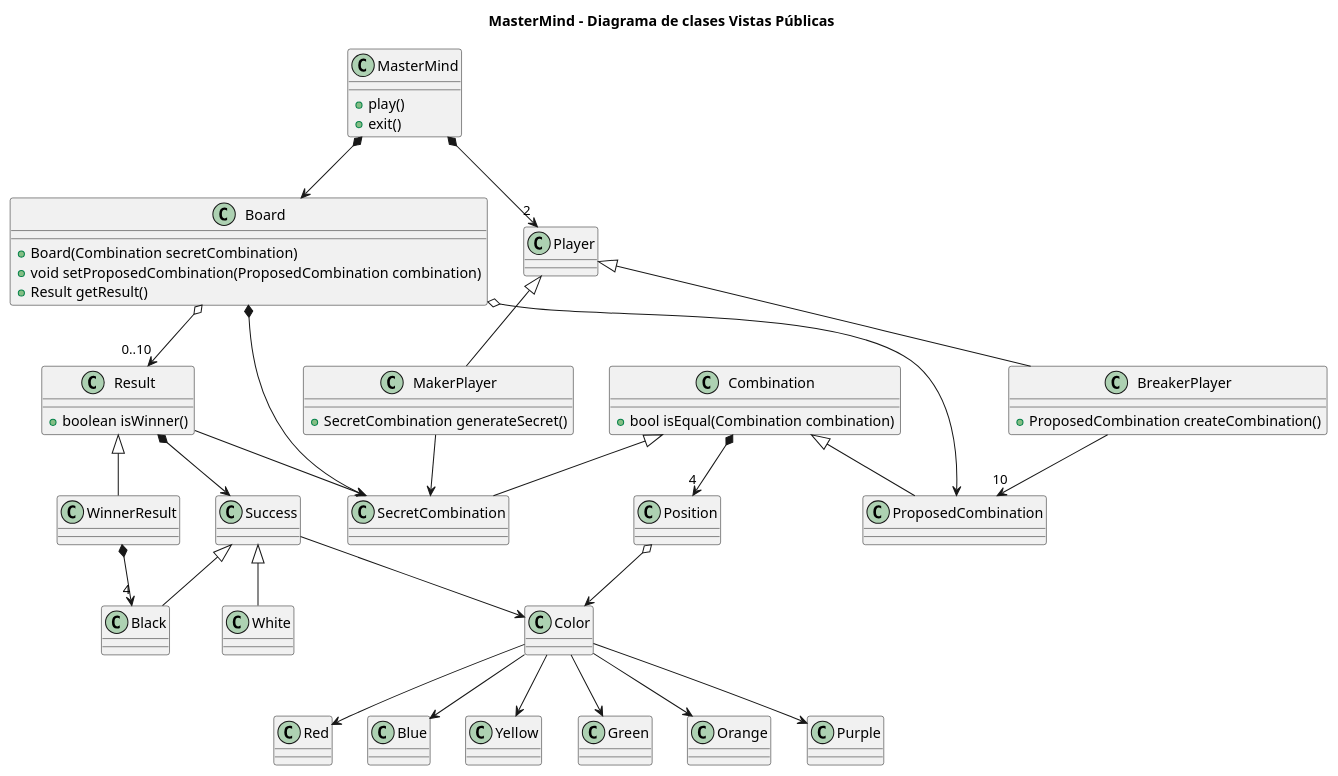
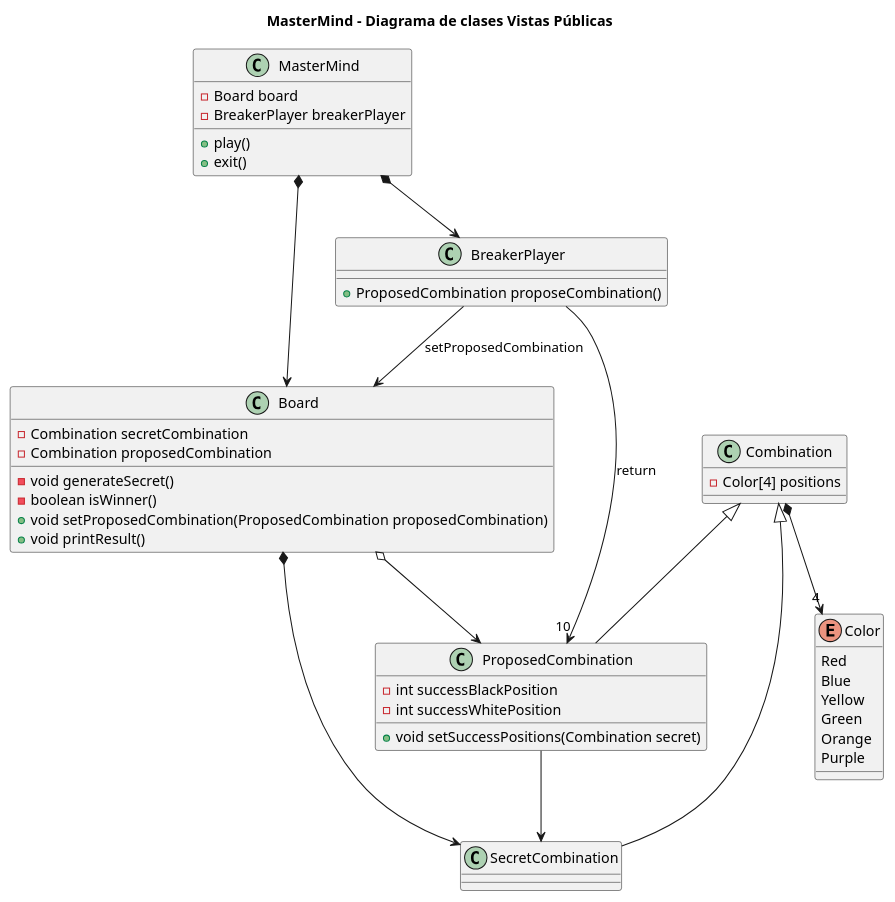
The diagram in Mastermind.puml (Master-Desarrollo-20-21/ejercicio-2-vista-publica-clases-mastermind-kodenix), drawn with PlantUML before and after one commit.

Commit message:
Eliminando clases que sobrediseñanban

```diff
--- a/Mastermind.puml
+++ b/Mastermind.puml
@@ -2,66 +2,60 @@
 @startuml MasterMind
 
 title MasterMind - Diagrama de clases Vistas Públicas
 
 class MasterMind {
+    -Board board
+    -BreakerPlayer breakerPlayer
     +play()
     +exit()
 }
 class Board {
-    +Board(Combination secretCombination)
-    +void setProposedCombination(ProposedCombination combination)
-    +Result getResult()
+    -Combination secretCombination
+    -Combination proposedCombination
+    -void generateSecret()
+    -boolean isWinner()
+    +void setProposedCombination(ProposedCombination proposedCombination)
+    +void printResult()
 }
-class Player
-class MakerPlayer {
-    +SecretCombination generateSecret()
+
+class BreakerPlayer {
+    +ProposedCombination proposeCombination()
 }
-class BreakerPlayer {
-    +ProposedCombination createCombination()
+
+class Combination {
+   -Color[4] positions 
+   
 }
-class Combination {
-   +bool isEqual(Combination combination)
+
+class ProposedCombination {
+    -int successBlackPosition
+    -int successWhitePosition
+    +void setSuccessPositions(Combination secret)
 }
-class ProposedCombination
+
 class SecretCombination
-class Result {
-    +boolean isWinner()
+
+ProposedCombination --> SecretCombination
+
+enum Color {
+    Red
+    Blue
+    Yellow
+    Green
+    Orange
+    Purple
 }
-class WinnerResult {}
-class Success {}
-class Black
-class White
-class Position
-class Color
 
 MasterMind *--> Board
-MasterMind *--> "2" Player
+MasterMind *--> BreakerPlayer
 Board *--> SecretCombination
 Board o--> ProposedCombination
-Player ^-- MakerPlayer
-Player ^-- BreakerPlayer
-MakerPlayer --> SecretCombination
-BreakerPlayer --> "10" ProposedCombination
-Board o--> "0..10" Result
+BreakerPlayer --> Board : setProposedCombination
+BreakerPlayer --> "10" ProposedCombination : return
+
 
 Combination ^-- SecretCombination
 Combination ^-- ProposedCombination
-Combination *--> "4" Position
-
-Result ^-- WinnerResult
-Result *--> Success 
-Result --> SecretCombination
-WinnerResult *--> "4" Black
-Position o--> Color
-Success --> Color
-Success ^-- Black
-Success ^-- White
-
-Color --> Red
-Color --> Blue
-Color --> Yellow
-Color --> Green
-Color --> Orange
-Color --> Purple
+Combination *--> "4" Color
 
 @enduml
```
